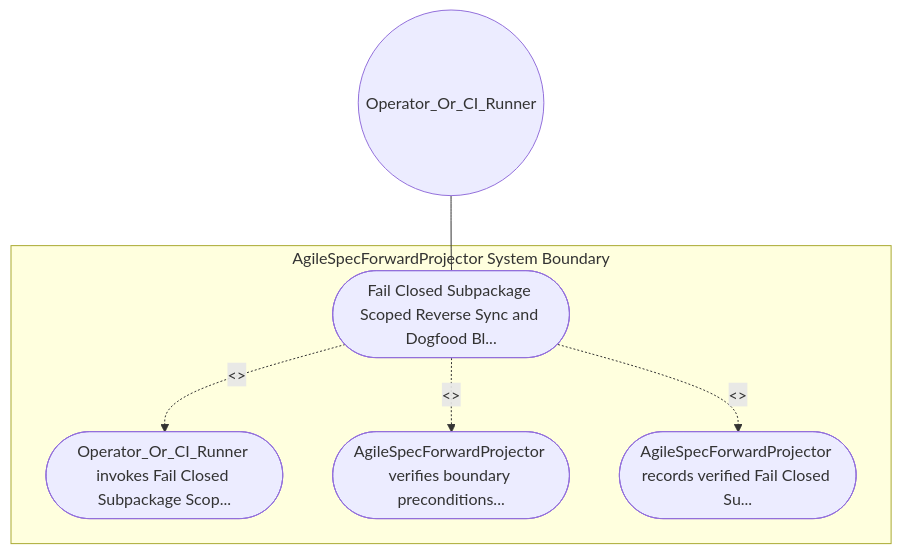
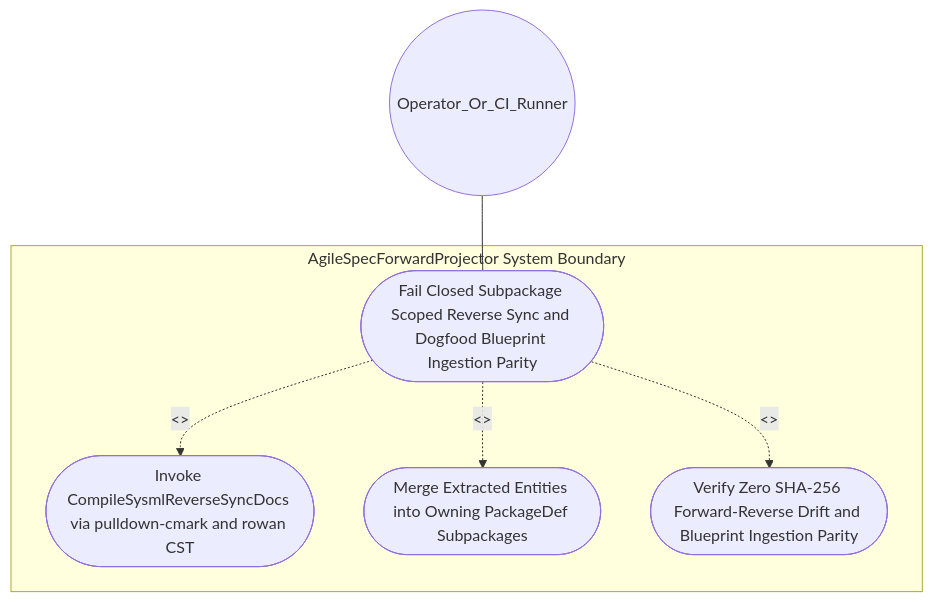
One commit to gintatkinson/DEAP01-spec-core changed the first of 2 diagrams in .pipeline/upstream/docs/use-cases/UC-20-Fail_Closed_Subpackage_Scoped_Reverse_Sync_and_Dogfood_Blueprint_Ingestion_Parity.md. Above: the diagram before and after it, drawn with Mermaid. The commit also changed other lines of this file and 225 other files, not shown here.

````diff
--- a/.pipeline/upstream/docs/use-cases/UC-20-Fail_Closed_Subpackage_Scoped_Reverse_Sync_and_Dogfood_Blueprint_Ingestion_Parity.md
+++ b/.pipeline/upstream/docs/use-cases/UC-20-Fail_Closed_Subpackage_Scoped_Reverse_Sync_and_Dogfood_Blueprint_Ingestion_Parity.md
@@ -16,13 +18,13 @@
 ```mermaid
 graph TD
     subgraph "AgileSpecForwardProjector System Boundary"
-        UC_Main(["Fail Closed Subpackage Scoped Reverse Sync and Dogfood Bl..."])
-        UC_Step01(["Operator_Or_CI_Runner invokes Fail Closed Subpackage Scop..."])
-        UC_Step02(["AgileSpecForwardProjector verifies boundary preconditions..."])
-        UC_Step03(["AgileSpecForwardProjector records verified Fail Closed Su..."])
+        UC_Main(["Fail Closed Subpackage Scoped Reverse Sync and Dogfood Blueprint Ingestion Parity"])
+        UC_Step01(["Invoke CompileSysmlReverseSyncDocs via pulldown-cmark and rowan CST"])
+        UC_Step02(["Merge Extracted Entities into Owning PackageDef Subpackages"])
+        UC_Step03(["Verify Zero SHA-256 Forward-Reverse Drift and Blueprint Ingestion Parity"])
     end
     Operator_Or_CI_Runner(("Operator_Or_CI_Runner")) --- UC_Main
     UC_Main -. "<<include>>" .-> UC_Step01
     UC_Main -. "<<include>>" .-> UC_Step02
     UC_Main -. "<<include>>" .-> UC_Step03
 ```
````
